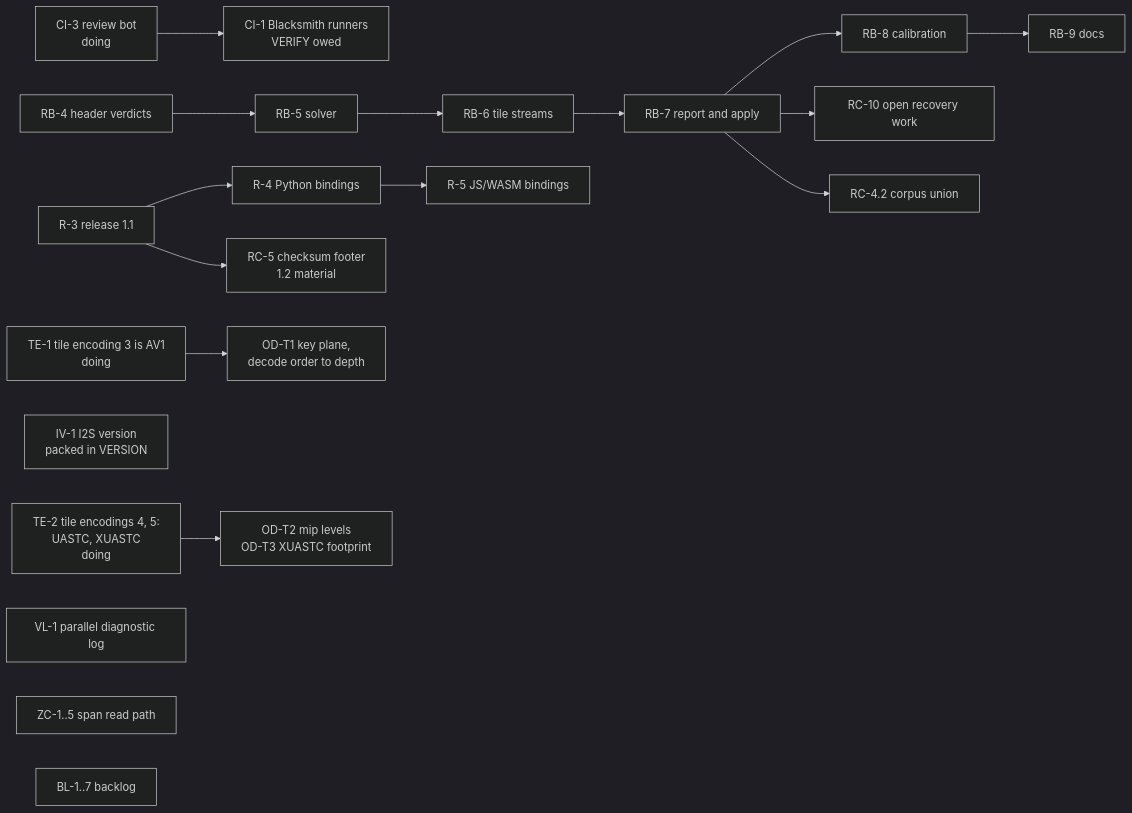
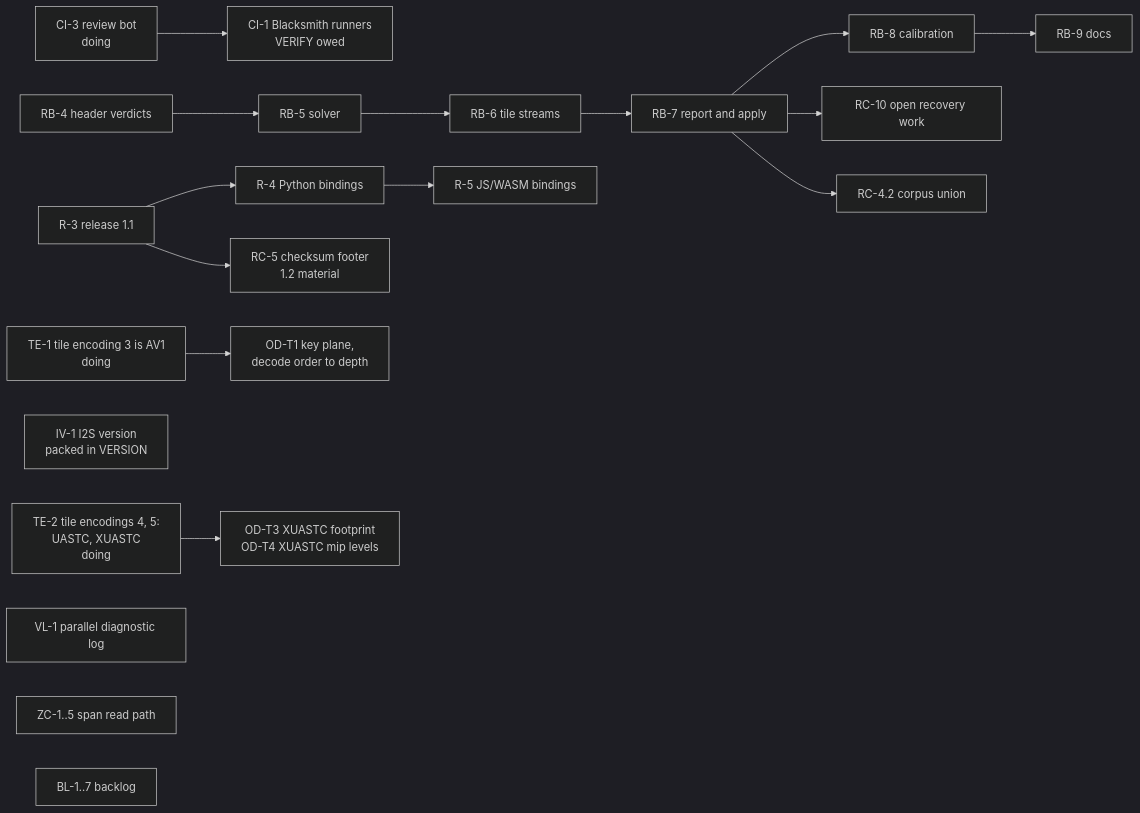
One commit to Aptix-Bio/Iris-File-Extension changed the diagram in development/WBS.md. Above: the diagram before and after it, drawn with Mermaid (dark theme). The commit also changed other lines of this file and 12 other files, not shown here.

````diff
--- a/development/WBS.md
+++ b/development/WBS.md
@@ -40,20 +40,20 @@
 ```mermaid
 flowchart LR
     CI3["CI-3 review bot<br/>doing"] --> CI1["CI-1 Blacksmith runners<br/>VERIFY owed"]
     RB4["RB-4 header verdicts"] --> RB5["RB-5 solver"]
     RB5 --> RB6["RB-6 tile streams"]
     RB6 --> RB7["RB-7 report and apply"]
     RB7 --> RB8["RB-8 calibration"]
     RB8 --> RB9["RB-9 docs"]
     RB7 --> RC10["RC-10 open recovery work"]
     RB7 --> RC4["RC-4.2 corpus union"]
     R3["R-3 release 1.1"] --> R4["R-4 Python bindings"]
     R4 --> R5["R-5 JS/WASM bindings"]
     R3 --> RC5["RC-5 checksum footer<br/>1.2 material"]
     TE1["TE-1 tile encoding 3 is AV1<br/>doing"] --> OD["OD-T1 key plane,<br/>decode order to depth"]
     IV1["IV-1 I2S version<br/>packed in VERSION"]
-    TE2["TE-2 tile encodings 4, 5:<br/>UASTC, XUASTC<br/>doing"] --> OD2["OD-T2 mip levels<br/>OD-T3 XUASTC footprint"]
+    TE2["TE-2 tile encodings 4, 5:<br/>UASTC, XUASTC<br/>doing"] --> OD2["OD-T3 XUASTC footprint<br/>OD-T4 XUASTC mip levels"]
     VL1["VL-1 parallel diagnostic log"]
     ZC["ZC-1..5 span read path"]
     BL["BL-1..7 backlog"]
 ```
````
